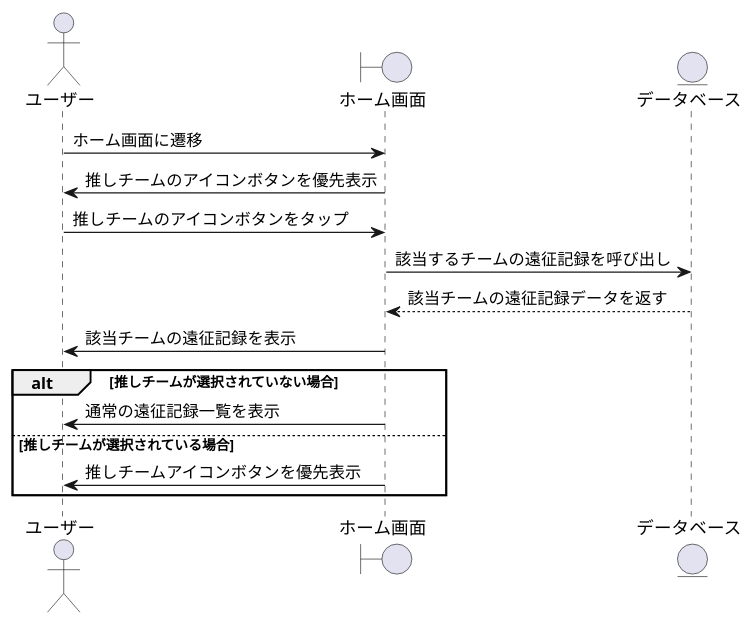
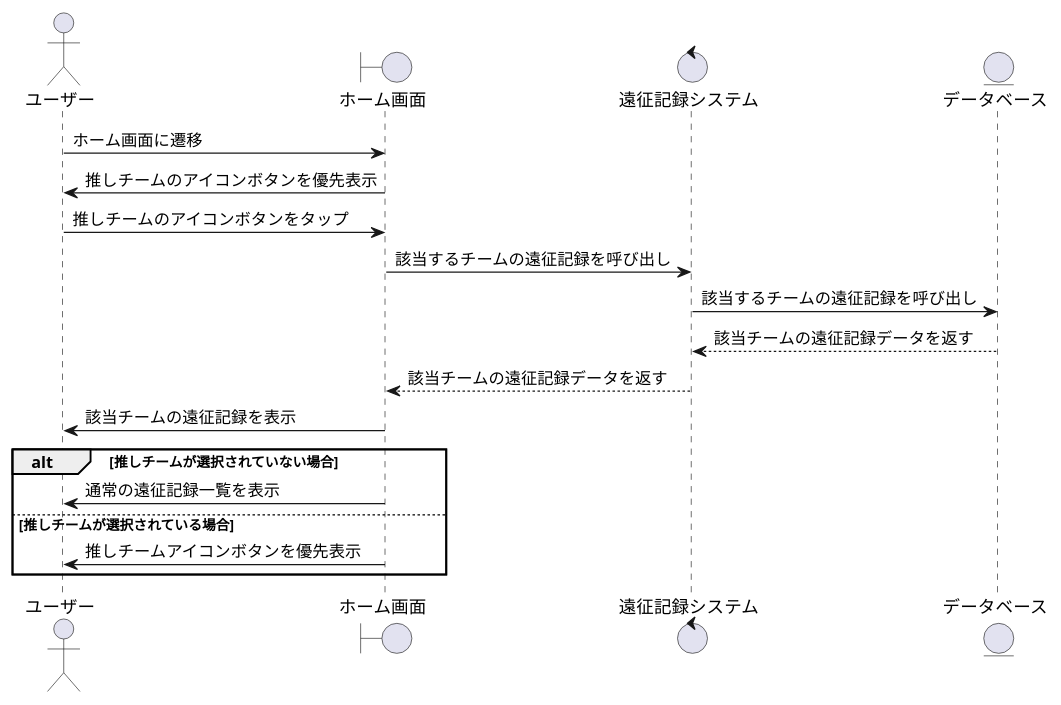
One commit to shoken3207/sotsuken changed the diagram in シーケンス図/遠征記録/推し単位.pu. Above: the diagram before and after it, drawn with PlantUML. The commit also changed 7 other files, not shown here.

```diff
--- a/シーケンス図/遠征記録/推し単位.pu
+++ b/シーケンス図/遠征記録/推し単位.pu
@@ -1,20 +1,23 @@
 @startuml
 actor ユーザー as User
 boundary "ホーム画面" as Home
+control "遠征記録システム" as System
 entity "データベース" as DB
 
 User -> Home: ホーム画面に遷移
 Home -> User: 推しチームのアイコンボタンを優先表示
 
 User -> Home: 推しチームのアイコンボタンをタップ
-Home -> DB: 該当するチームの遠征記録を呼び出し
-DB --> Home: 該当チームの遠征記録データを返す
+Home -> System: 該当するチームの遠征記録を呼び出し
+System -> DB: 該当するチームの遠征記録を呼び出し
+DB --> System: 該当チームの遠征記録データを返す
+System --> Home: 該当チームの遠征記録データを返す
 Home -> User: 該当チームの遠征記録を表示
 
 alt 推しチームが選択されていない場合
     Home -> User: 通常の遠征記録一覧を表示
 else 推しチームが選択されている場合
     Home -> User: 推しチームアイコンボタンを優先表示
 end
 
 @enduml
```
